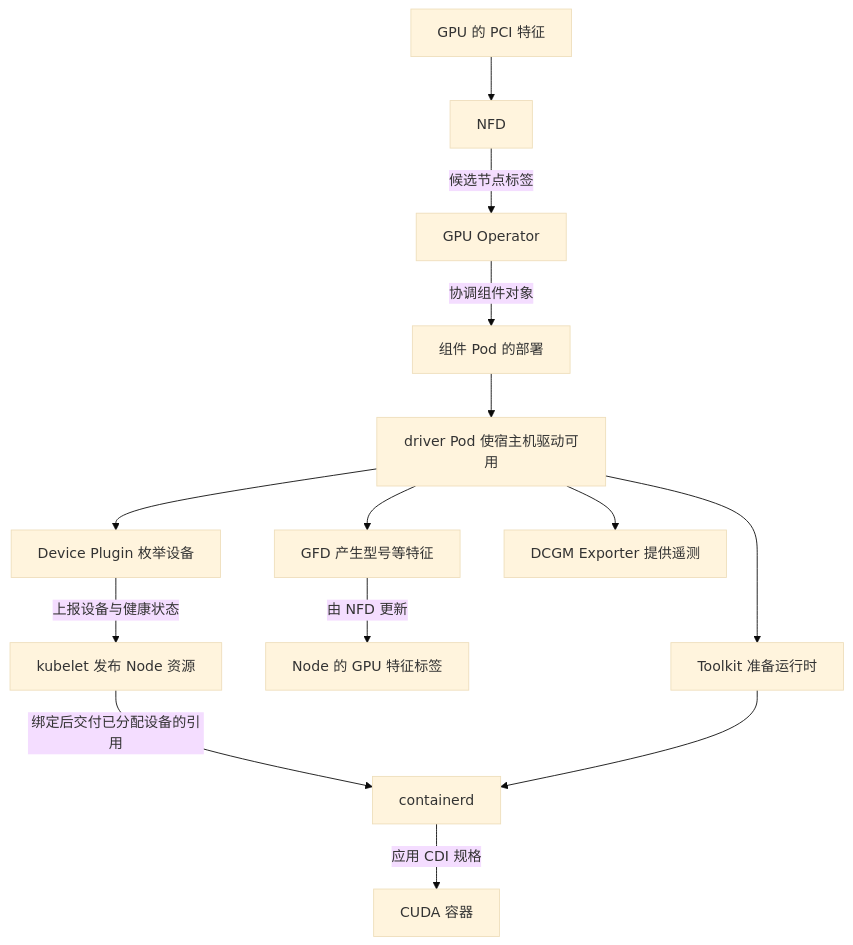
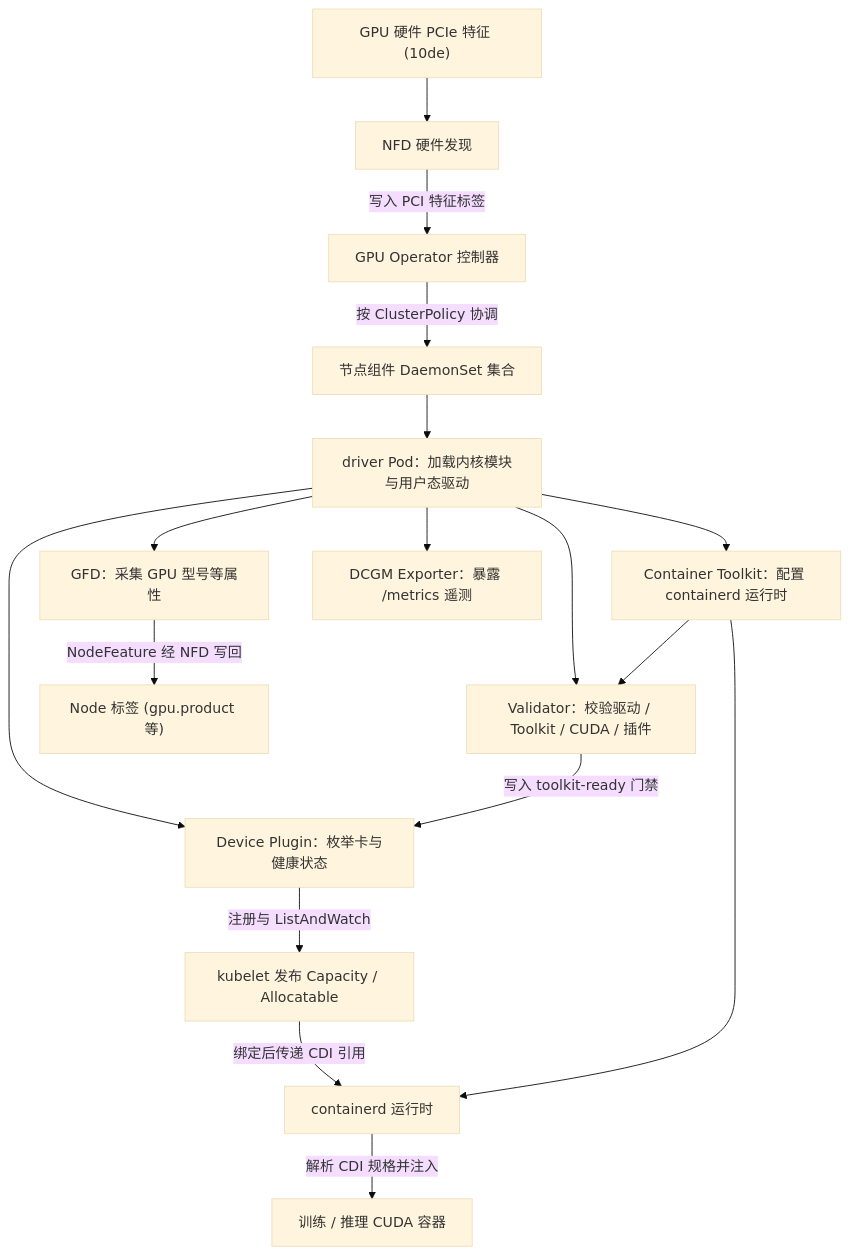
Before and after one commit to realtyz/ops-manual: the diagram in AI-Infra/12_GPUOperator如何管理节点软件/01_GPU Operator 的定位与节点组件.md, drawn with Mermaid (base theme). The commit also changed other lines of this file and 194 other files, not shown here.

````diff
--- a/AI-Infra/12_GPUOperator如何管理节点软件/01_GPU Operator 的定位与节点组件.md
+++ b/AI-Infra/12_GPUOperator如何管理节点软件/01_GPU Operator 的定位与节点组件.md
@@ -22,16 +41,20 @@
 ```mermaid
 flowchart TD
-    PCI["GPU 的 PCI 特征"] --> NFD["NFD"]
-    NFD -->|"候选节点标签"| OP["GPU Operator"]
-    OP -->|"协调组件对象"| DS["组件 Pod 的部署"]
-    DS --> DR["driver Pod 使宿主机驱动可用"]
-    DR --> TK["Toolkit 准备运行时"]
-    DR --> DP["Device Plugin 枚举设备"]
-    DR --> GFD["GFD 产生型号等特征"]
-    GFD -->|"由 NFD 更新"| LABEL["Node 的 GPU 特征标签"]
-    DR --> EX["DCGM Exporter 提供遥测"]
-    DP -->|"上报设备与健康状态"| K["kubelet 发布 Node 资源"]
-    K -->|"绑定后交付已分配设备的引用"| RT["containerd"]
+    accDescr: GPU Operator 节点软件依赖与交付全景图，展示从 PCIe 硬件发现经 NFD 与 Operator 协调，到驱动、Toolkit、Device Plugin、GFD、Validator、DCGM Exporter 协作交付给 CUDA 容器的完整依赖链。
+    PCI["GPU 硬件 PCIe 特征 (10de)"] --> NFD["NFD 硬件发现"]
+    NFD -->|"写入 PCI 特征标签"| OP["GPU Operator 控制器"]
+    OP -->|"按 ClusterPolicy 协调"| DS["节点组件 DaemonSet 集合"]
+    DS --> DR["driver Pod：加载内核模块与用户态驱动"]
+    DR --> TK["Container Toolkit：配置 containerd 运行时"]
+    DR --> VAL["Validator：校验驱动 / Toolkit / CUDA / 插件"]
+    TK --> VAL
+    DR --> DP["Device Plugin：枚举卡与健康状态"]
+    VAL -->|"写入 toolkit-ready 门禁"| DP
+    DR --> GFD["GFD：采集 GPU 型号等属性"]
+    GFD -->|"NodeFeature 经 NFD 写回"| LABEL["Node 标签 (gpu.product 等)"]
+    DR --> EX["DCGM Exporter：暴露 /metrics 遥测"]
+    DP -->|"注册与 ListAndWatch"| K["kubelet 发布 Capacity / Allocatable"]
+    K -->|"绑定后传递 CDI 引用"| RT["containerd 运行时"]
     TK --> RT
-    RT -->|"应用 CDI 规格"| POD["CUDA 容器"]
+    RT -->|"解析 CDI 规格并注入"| POD["训练 / 推理 CUDA 容器"]
 ```
````
